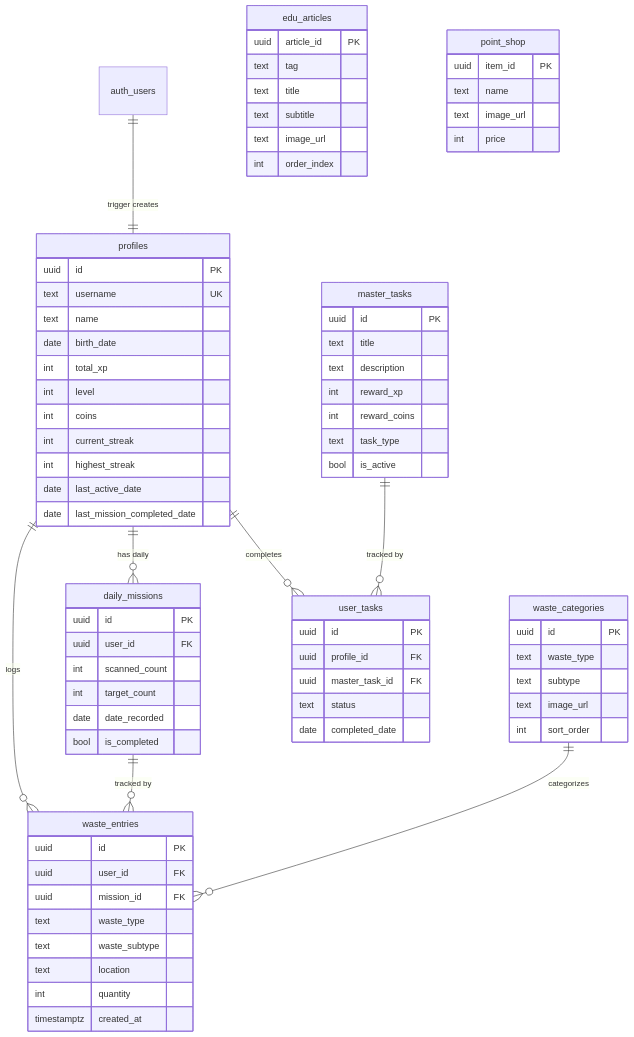
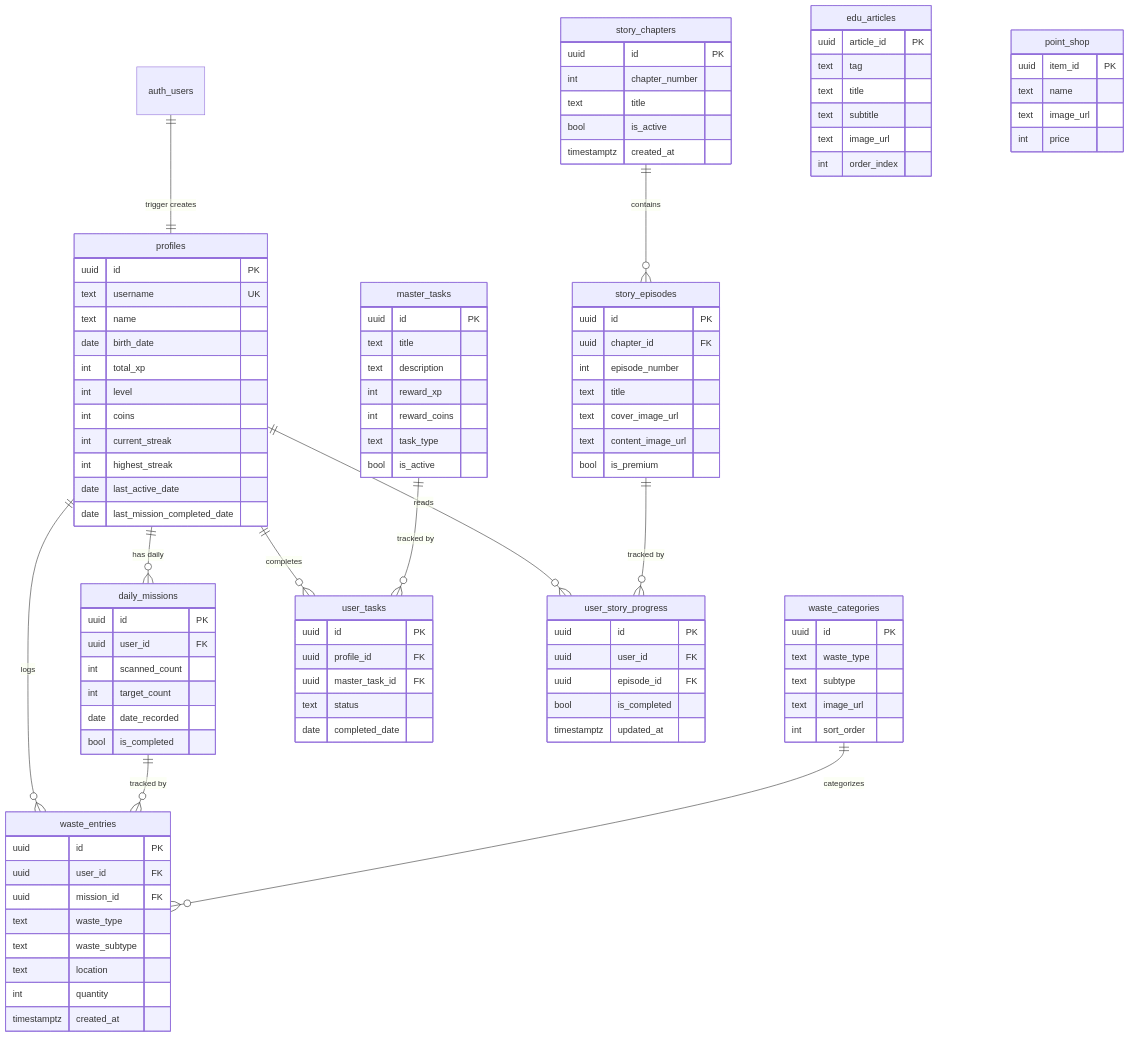
One commit to sugmamewingss/Raion changed the diagram in DATABASE.md. Above: the diagram before and after it, drawn with Mermaid. The commit also changed other lines of this file and 12 other files, not shown here.

````diff
--- a/DATABASE.md
+++ b/DATABASE.md
@@ -17,6 +17,9 @@
     waste_categories ||--o{ waste_entries : "categorizes"
     profiles ||--o{ user_tasks : "completes"
     master_tasks ||--o{ user_tasks : "tracked by"
+    profiles ||--o{ user_story_progress : "reads"
+    story_episodes ||--o{ user_story_progress : "tracked by"
+    story_chapters ||--o{ story_episodes : "contains"
 
     profiles {
         uuid id PK
@@ -93,4 +96,30 @@
         text image_url
         int price
     }
+
+    story_chapters {
+        uuid id PK
+        int chapter_number
+        text title
+        bool is_active
+        timestamptz created_at
+    }
+
+    story_episodes {
+        uuid id PK
+        uuid chapter_id FK
+        int episode_number
+        text title
+        text cover_image_url
+        text content_image_url
+        bool is_premium
+    }
+
+    user_story_progress {
+        uuid id PK
+        uuid user_id FK
+        uuid episode_id FK
+        bool is_completed
+        timestamptz updated_at
+    }
 ```
````
